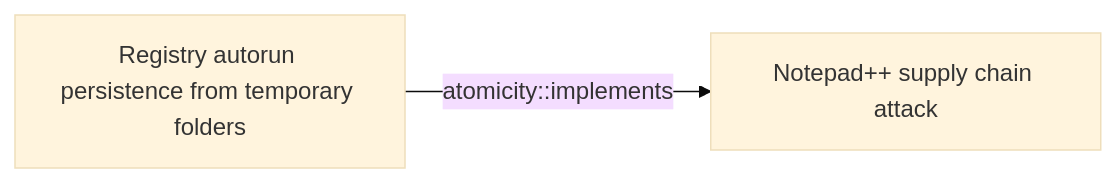
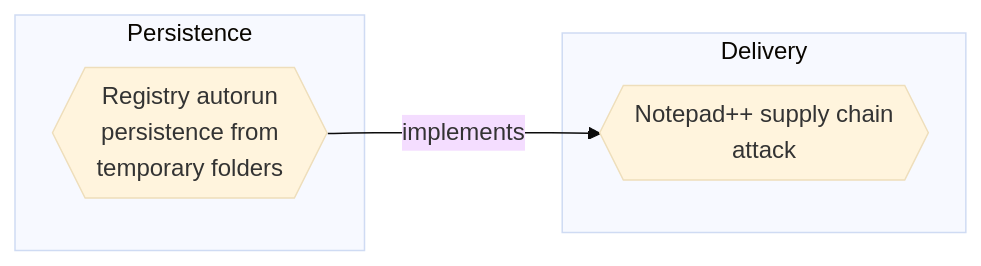
The first of 2 diagrams in docs/threats/registry-autorun-persistence-from-temporary-folders.md (opentidehq/library), drawn with Mermaid (base theme) before and after one commit. The commit also changed other lines of this file and 540 other files, not shown here.

````diff
--- a/docs/threats/registry-autorun-persistence-from-temporary-folders.md
+++ b/docs/threats/registry-autorun-persistence-from-temporary-folders.md
@@ -294,6 +297,10 @@
 ```mermaid
 flowchart LR
-55eaa437_5a25_4c29_b1fc_9c0fba4a18ad["Registry autorun persistence from temporary folders"]
-8b7cae6f_b6cf_4414_9cdc_fe8c8ee7ee22["Notepad++ supply chain attack"]
-55eaa437_5a25_4c29_b1fc_9c0fba4a18ad -->|atomicity::implements| 8b7cae6f_b6cf_4414_9cdc_fe8c8ee7ee22
+subgraph "Persistence"
+55eaa437_5a25_4c29_b1fc_9c0fba4a18ad{{"Registry autorun<br>persistence from<br>temporary folders"}}
+end
+subgraph "Delivery"
+8b7cae6f_b6cf_4414_9cdc_fe8c8ee7ee22{{"Notepad++ supply chain<br>attack"}}
+end
+55eaa437_5a25_4c29_b1fc_9c0fba4a18ad -->|implements| 8b7cae6f_b6cf_4414_9cdc_fe8c8ee7ee22
 ```
````
